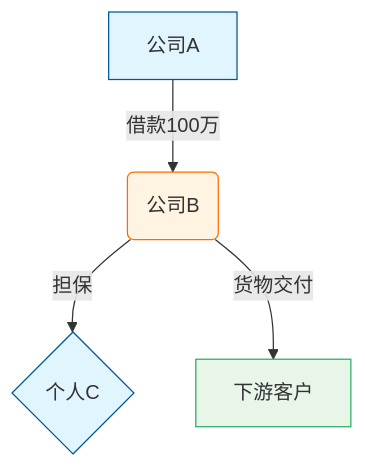
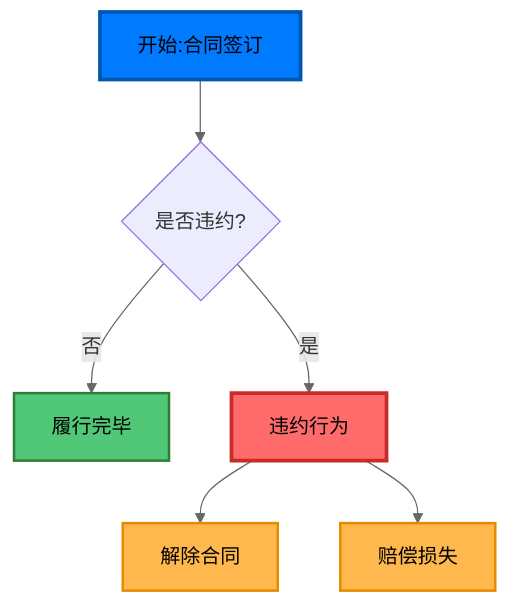
One commit to daixin877889/LexSeek changed the first of 8 diagrams in .deepagents/skills/litigation-visualization/SKILL.md. Above: the diagram before and after it, drawn with Mermaid. The commit also changed other lines of this file and 1 other file, not shown here.

````diff
--- a/.deepagents/skills/litigation-visualization/SKILL.md
+++ b/.deepagents/skills/litigation-visualization/SKILL.md
@@ -136,10 +44,29 @@
 ```mermaid
-graph TD
-    A[公司A] -->|借款100万| B(公司B)
-    B -->|担保| C{个人C}
-    B -->|货物交付| D[下游客户]
-    style A fill:#e1f5ff,stroke:#01579b
-    style B fill:#fff4e1,stroke:#ff6b00
-    style C fill:#e1f5ff,stroke:#01579b
-    style D fill:#e8f5e9,stroke:#27ae60
+%%{init: {'themeVariables': {
+  'primaryColor': '#E6F3FF',
+  'primaryTextColor': '#000000',
+  'primaryBorderColor': '#007AFF',
+  'lineColor': '#666666',
+  'sectionBkgColor': '#4A90E2',
+  'altSectionBkgColor': '#50C878',
+  'gridColor': '#E6F3FF'
+}}}%%
+flowchart TD
+    A[开始:合同签订]:::start
+    B{是否违约?}
+    C[履行完毕]:::done
+    D[违约行为]:::alert
+    E[解除合同]:::stop
+    F[赔偿损失]:::stop
+
+    A --> B
+    B -->|是| D
+    B -->|否| C
+    D --> E
+    D --> F
+
+    classDef start fill:#007AFF,stroke:#0056b3,color:#000000,stroke-width:3px
+    classDef done fill:#50C878,stroke:#2e7d32,color:#000000,stroke-width:2px
+    classDef alert fill:#FF6B6B,stroke:#c92a2a,color:#000000,stroke-width:3px
+    classDef stop fill:#FFB84D,stroke:#e68a00,color:#000000,stroke-width:2px
 ```
````
